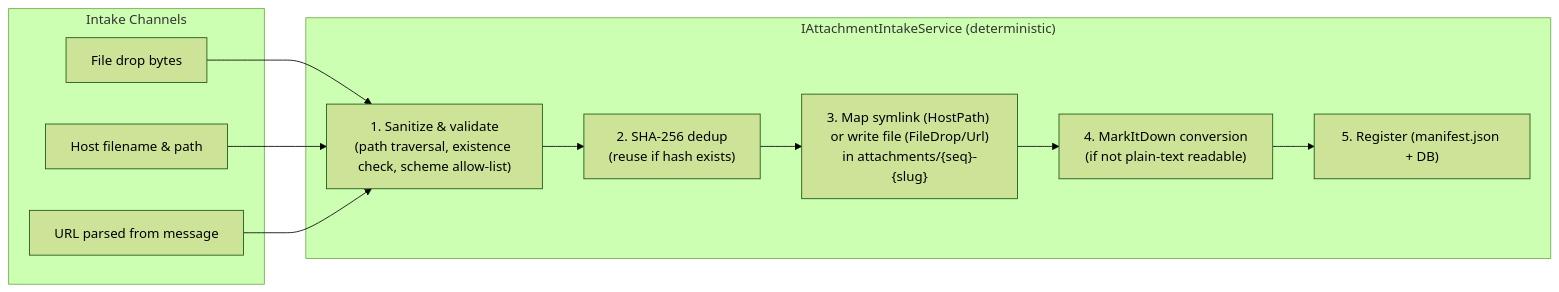
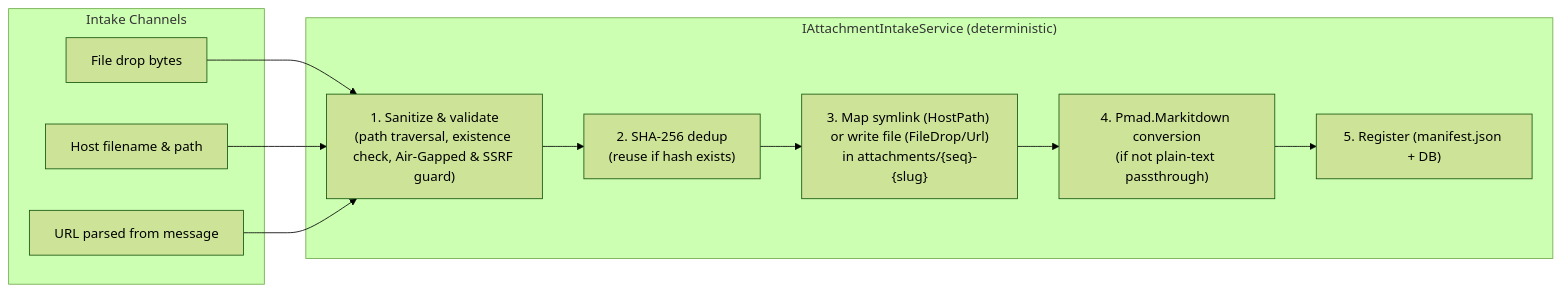
Before and after one commit to jetelain/NightCodeForge: the diagram in docs/features/STEP_12_2A_ATTACHMENTS_STORE_INTAKE_AND_MARKITDOWN.md, drawn with Mermaid (forest theme). The commit also changed other lines of this file and 10 other files, not shown here.

````diff
--- a/docs/features/STEP_12_2A_ATTACHMENTS_STORE_INTAKE_AND_MARKITDOWN.md
+++ b/docs/features/STEP_12_2A_ATTACHMENTS_STORE_INTAKE_AND_MARKITDOWN.md
@@ -80,21 +93,21 @@
 ```mermaid
 flowchart LR
     subgraph Channels ["Intake Channels"]
         Drop["File drop bytes"]
         Cite["Host filename & path"]
         Url["URL parsed from message"]
     end
 
     subgraph Intake ["IAttachmentIntakeService (deterministic)"]
-        Sanitize["1. Sanitize & validate\n(path traversal, existence check, scheme allow-list)"]
+        Sanitize["1. Sanitize & validate\n(path traversal, existence check, Air-Gapped & SSRF guard)"]
         Hash["2. SHA-256 dedup\n(reuse if hash exists)"]
         Store["3. Map symlink (HostPath) or write file (FileDrop/Url)\nin attachments/{seq}-{slug}"]
-        Convert["4. MarkItDown conversion\n(if not plain-text readable)"]
+        Convert["4. Pmad.Markitdown conversion\n(if not plain-text passthrough)"]
         Registry["5. Register (manifest.json + DB)"]
     end
 
     Drop --> Sanitize
     Cite --> Sanitize
     Url --> Sanitize
     Sanitize --> Hash --> Store --> Convert --> Registry
 ```
````
